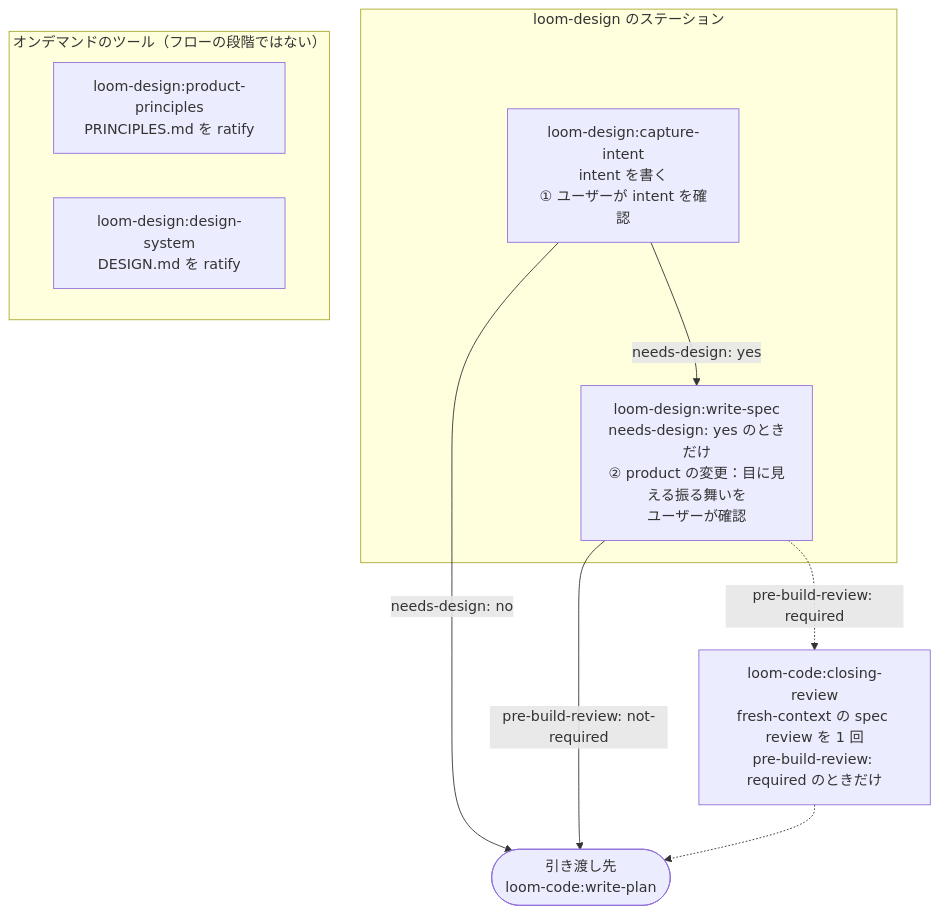
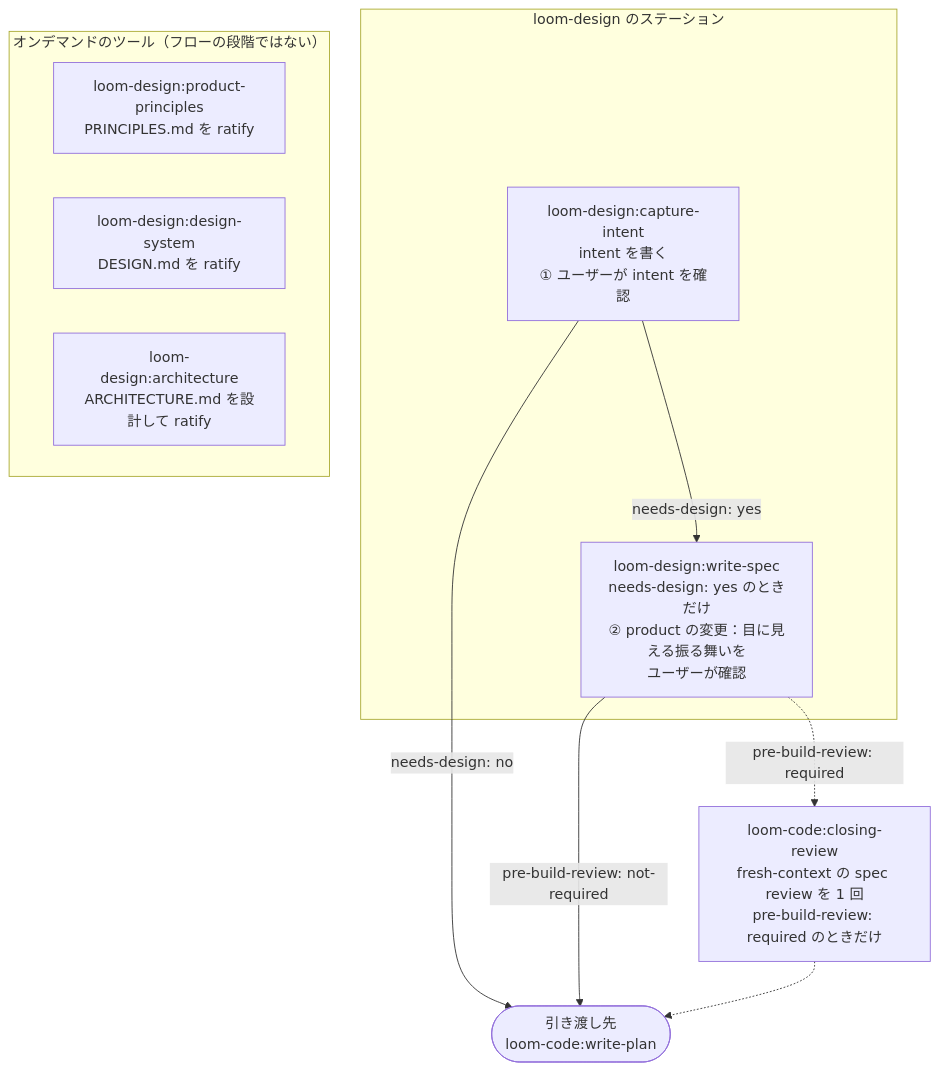
One commit to kouko/loom-plugins changed the diagram in loom-design/README.ja.md. Above: the diagram before and after it, drawn with Mermaid. The commit also changed other lines of this file and 53 other files, not shown here.

First line of the commit message:
feat(loom-design): add an architecture tool that designs ARCHITECTURE.md and holds changes to it (#54)

````diff
--- a/loom-design/README.ja.md
+++ b/loom-design/README.ja.md
@@ -18,21 +18,22 @@
 ```mermaid
 flowchart TD
     subgraph stations["loom-design のステーション"]
         intent["loom-design:capture-intent<br/>intent を書く<br/>① ユーザーが intent を確認"]
         spec["loom-design:write-spec<br/>needs-design: yes のときだけ<br/>② product の変更：目に見える振る舞いを<br/>ユーザーが確認"]
     end
 
     specreview["loom-code:closing-review<br/>fresh-context の spec review を 1 回<br/>pre-build-review: required のときだけ"]
     plan(["引き渡し先<br/>loom-code:write-plan"])
 
     subgraph tools["オンデマンドのツール（フローの段階ではない）"]
         principles["loom-design:product-principles<br/>PRINCIPLES.md を ratify"]
         designsys["loom-design:design-system<br/>DESIGN.md を ratify"]
+        arch["loom-design:architecture<br/>ARCHITECTURE.md を設計して ratify"]
     end
 
     intent -->|"needs-design: yes"| spec
     intent -->|"needs-design: no"| plan
     spec -->|"pre-build-review: not-required"| plan
     spec -.->|"pre-build-review: required"| specreview
     specreview -.-> plan
 ```
````
